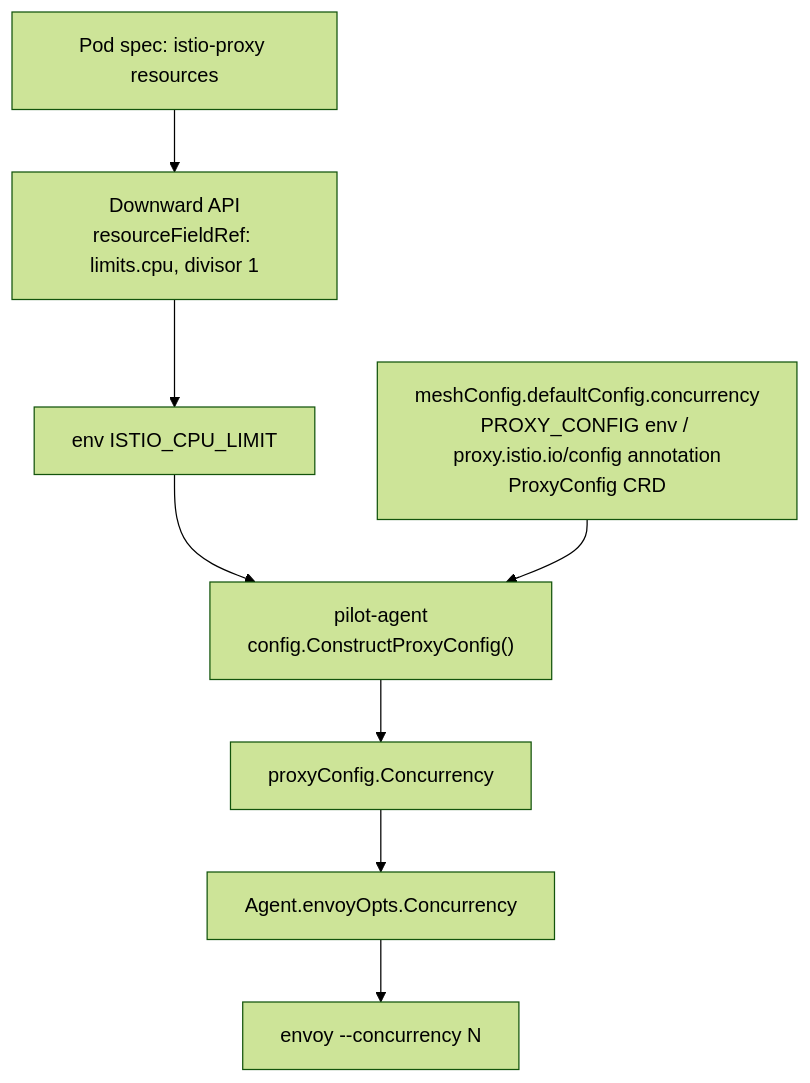
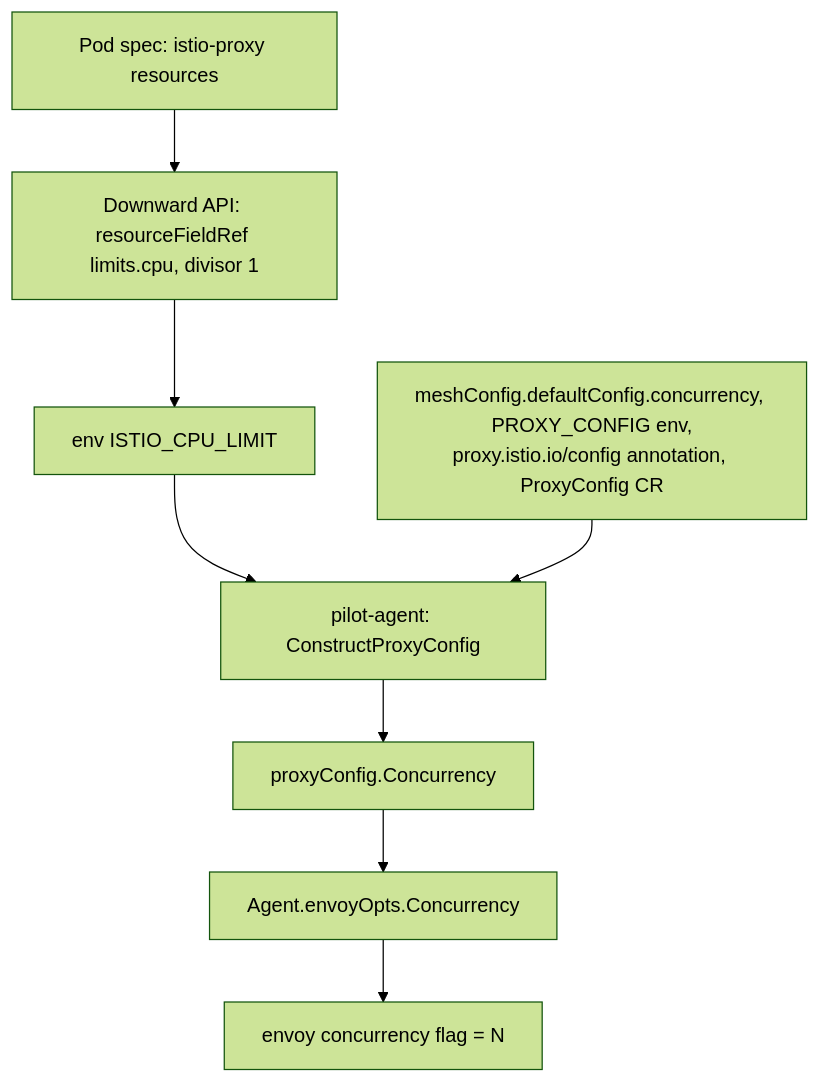
The diagram in docs/istio-sidecar-cpu-sizing.md (h0tbird/meshlab), drawn with Mermaid (forest theme) before and after one commit.

````diff
--- a/docs/istio-sidecar-cpu-sizing.md
+++ b/docs/istio-sidecar-cpu-sizing.md
@@ -70,10 +70,19 @@
 ```mermaid
 flowchart TD
-    A["Pod spec: istio-proxy resources"] --> B["Downward API<br/>resourceFieldRef: limits.cpu, divisor 1"]
-    B --> C["env ISTIO_CPU_LIMIT"]
-    C --> D["pilot-agent<br/>config.ConstructProxyConfig()"]
-    E["meshConfig.defaultConfig.concurrency<br/>PROXY_CONFIG env / proxy.istio.io/config annotation<br/>ProxyConfig CRD"] --> D
-    D --> F["proxyConfig.Concurrency"]
-    F --> G["Agent.envoyOpts.Concurrency"]
-    G --> H["envoy --concurrency N"]
+    A["Pod spec: istio-proxy resources"]
+    B["Downward API: resourceFieldRef limits.cpu, divisor 1"]
+    C["env ISTIO_CPU_LIMIT"]
+    E["meshConfig.defaultConfig.concurrency, PROXY_CONFIG env,<br>proxy.istio.io/config annotation, ProxyConfig CR"]
+    D["pilot-agent: ConstructProxyConfig"]
+    F["proxyConfig.Concurrency"]
+    G["Agent.envoyOpts.Concurrency"]
+    H["envoy concurrency flag = N"]
+
+    A --> B
+    B --> C
+    C --> D
+    E --> D
+    D --> F
+    F --> G
+    G --> H
 ```
````
